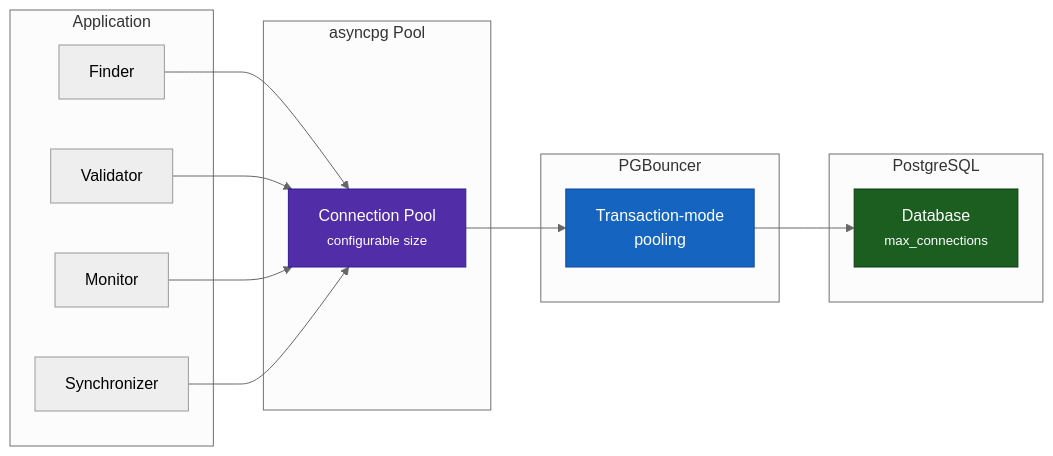
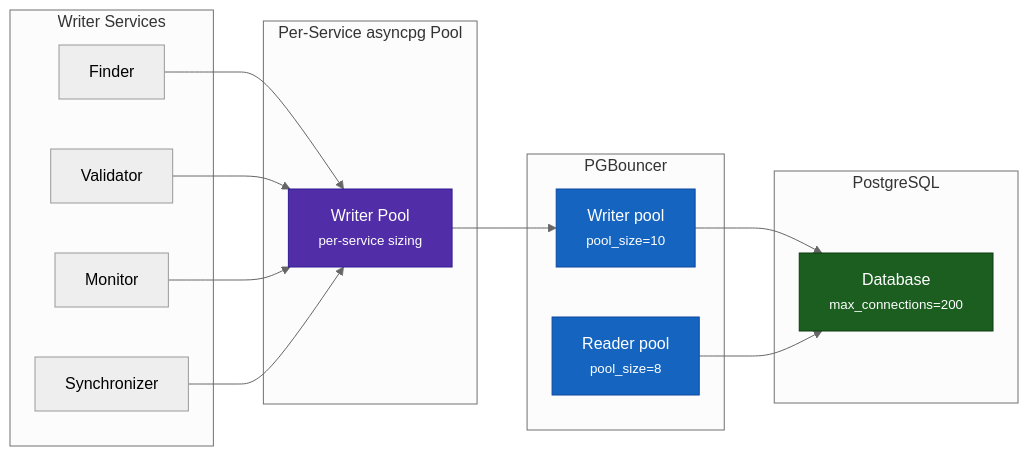
The sixth of 7 diagrams in docs/user-guide/architecture.md (BigBrotr/bigbrotr), drawn with Mermaid (neutral theme) before and after one commit. The commit also changed other lines of this file and 9 other files, not shown here.

````diff
--- a/docs/user-guide/architecture.md
+++ b/docs/user-guide/architecture.md
@@ -536,32 +536,35 @@
 ```mermaid
 flowchart LR
-    subgraph Application
+    subgraph "Writer Services"
         F["Finder"]
         V["Validator"]
         MO["Monitor"]
         SY["Synchronizer"]
     end
 
-    subgraph "asyncpg Pool"
-        AP["Connection Pool<br/><small>configurable size</small>"]
+    subgraph "Per-Service asyncpg Pool"
+        APW["Writer Pool<br/><small>per-service sizing</small>"]
     end
 
     subgraph PGBouncer
-        PB["Transaction-mode<br/>pooling"]
+        PBW["Writer pool<br/><small>pool_size=10</small>"]
+        PBR["Reader pool<br/><small>pool_size=8</small>"]
     end
 
     subgraph PostgreSQL
-        PG["Database<br/><small>max_connections</small>"]
+        PG["Database<br/><small>max_connections=200</small>"]
     end
 
-    F --> AP
-    V --> AP
-    MO --> AP
-    SY --> AP
-    AP --> PB
-    PB --> PG
+    F --> APW
+    V --> APW
+    MO --> APW
+    SY --> APW
+    APW --> PBW
+    PBW --> PG
+    PBR --> PG
 
-    style AP fill:#512DA8,color:#fff,stroke:#311B92
-    style PB fill:#1565C0,color:#fff,stroke:#0D47A1
+    style APW fill:#512DA8,color:#fff,stroke:#311B92
+    style PBW fill:#1565C0,color:#fff,stroke:#0D47A1
+    style PBR fill:#1565C0,color:#fff,stroke:#0D47A1
     style PG fill:#1B5E20,color:#fff,stroke:#0D3B0F
 ```
````
